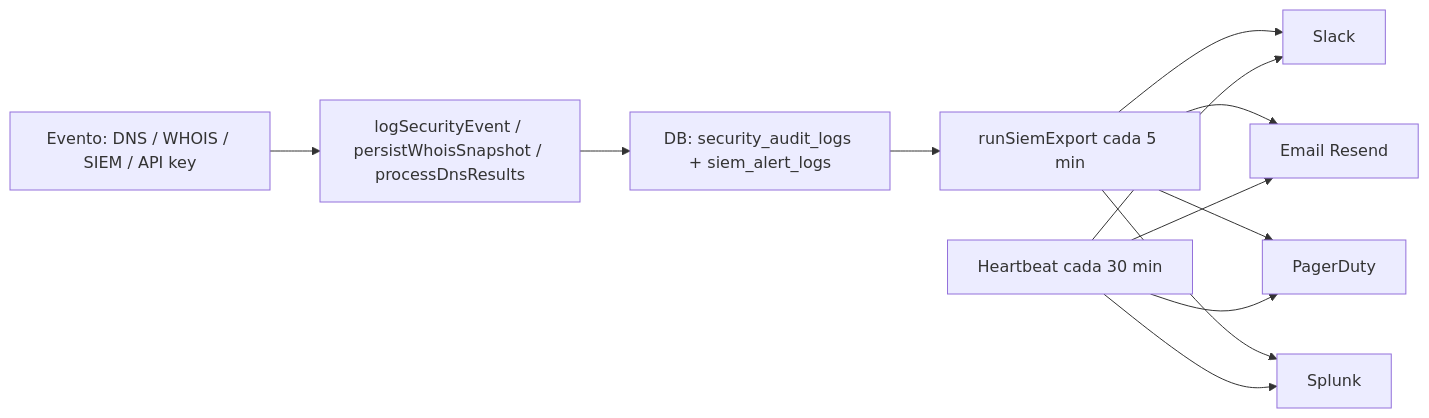
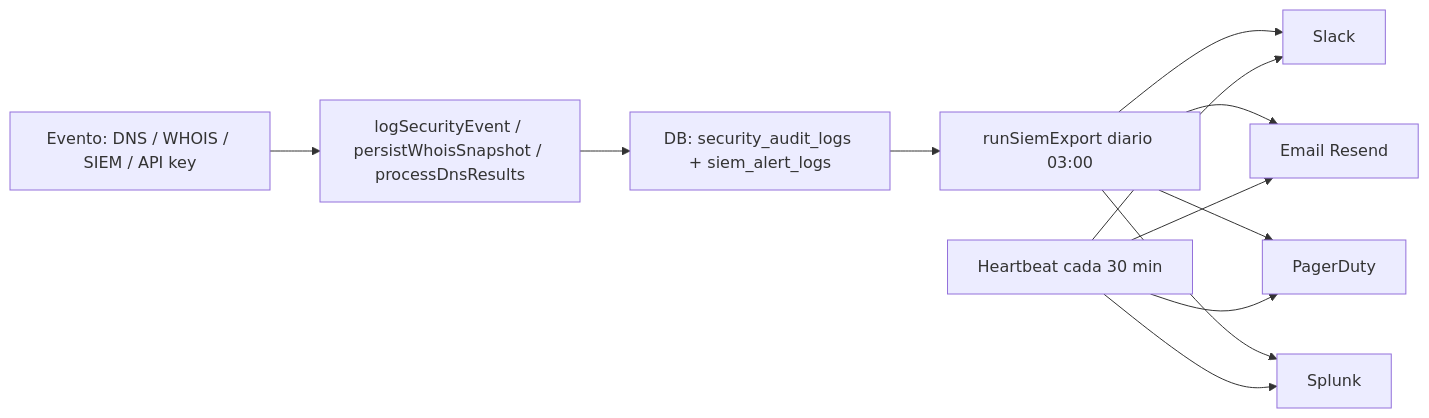
One commit to StrategicConnex/StrategicConnexAudit changed the first of 2 diagrams in docs/guides/alerting-setup.md. Above: the diagram before and after it, drawn with Mermaid. The commit also changed other lines of this file and 8 other files, not shown here.

````diff
--- a/docs/guides/alerting-setup.md
+++ b/docs/guides/alerting-setup.md
@@ -320,20 +320,20 @@
 ```mermaid
 flowchart LR
   A[Evento: DNS / WHOIS / SIEM / API key]
   B[logSecurityEvent / persistWhoisSnapshot / processDnsResults]
   C[DB: security_audit_logs + siem_alert_logs]
-  D[runSiemExport cada 5 min]
+  D[runSiemExport diario 03:00]
   E[Heartbeat cada 30 min]
   F[Slack]
   G[Email Resend]
   H[PagerDuty]
   I[Splunk]
   A --> B --> C --> D --> F
   D --> G
   D --> H
   D --> I
   E --> F
   E --> G
   E --> H
   E --> I
 ```
````
